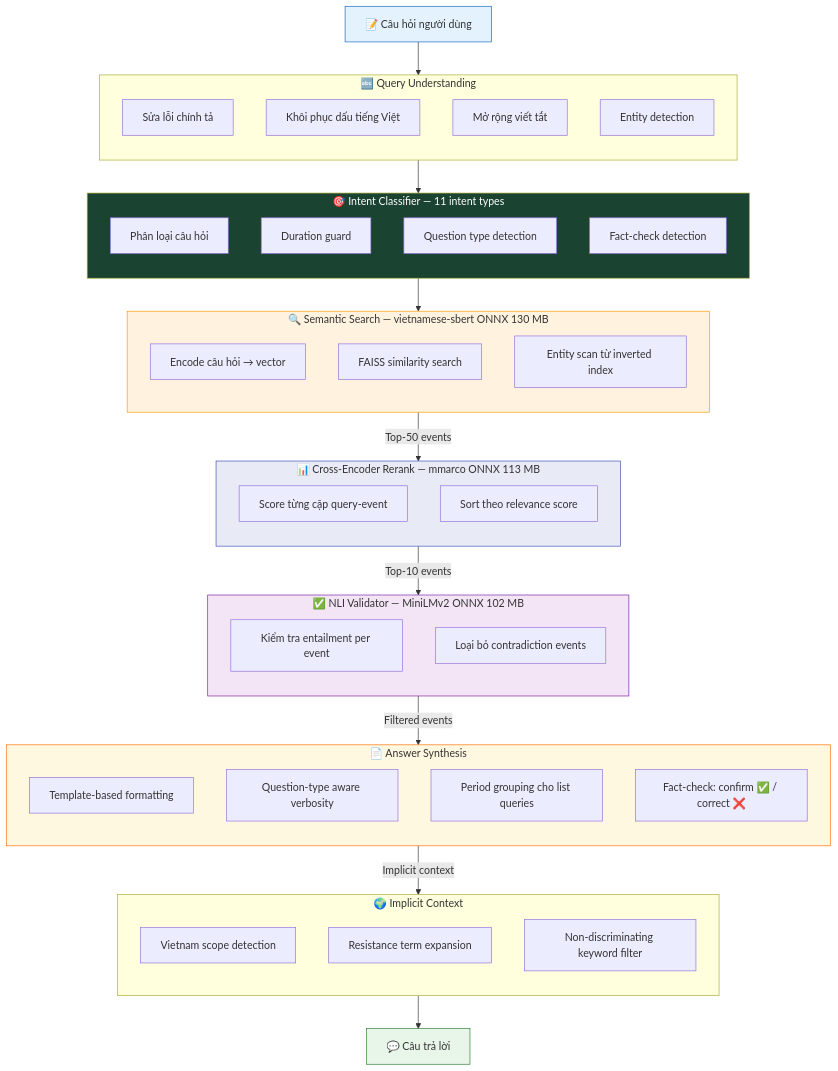
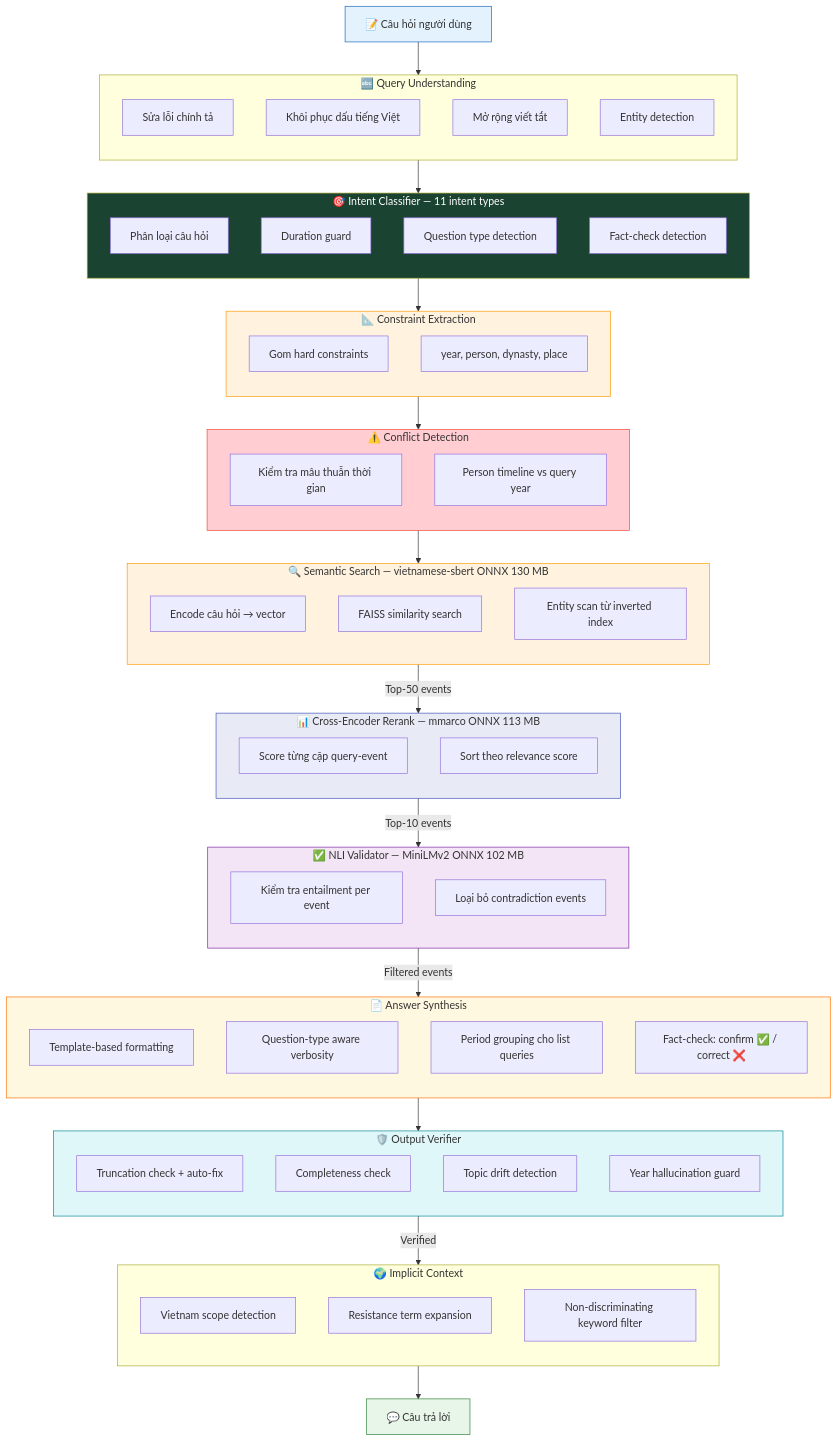
Before and after one commit to HistoryMindAI/vietnam_history_dataset: diagram 21 of 24 in AI_DEVELOPMENT_ROADMAP.md, drawn with Mermaid. The commit also changed other lines of this file and 42 other files, not shown here.

First line of the commit message:
feat: Production-Grade Engine V2 - Hybrid Retriever, Temporal Engine, Self-Verification, KG Schema, Evaluation Framework

````diff
--- a/AI_DEVELOPMENT_ROADMAP.md
+++ b/AI_DEVELOPMENT_ROADMAP.md
@@ -602,7 +689,23 @@
         IC4["Fact-check detection"]
     end
 
-    IC --> Search
+    IC --> ConstraintEx
+
+    subgraph ConstraintEx["📐 Constraint Extraction"]
+        direction TB
+        CE1["Gom hard constraints"]
+        CE2["year, person, dynasty, place"]
+    end
+
+    ConstraintEx --> ConflictDet
+
+    subgraph ConflictDet["⚠️ Conflict Detection"]
+        direction TB
+        CD1["Kiểm tra mâu thuẫn thời gian"]
+        CD2["Person timeline vs query year"]
+    end
+
+    ConflictDet --> Search
 
     subgraph Search["🔍 Semantic Search — vietnamese-sbert ONNX 130 MB"]
         direction TB
@@ -637,7 +740,17 @@
         AS4["Fact-check: confirm ✅ / correct ❌"]
     end
 
-    Synth -->|"Implicit context"| Format
+    Synth --> Guard
+
+    subgraph Guard["🛡️ Output Verifier"]
+        direction TB
+        G1["Truncation check + auto-fix"]
+        G2["Completeness check"]
+        G3["Topic drift detection"]
+        G4["Year hallucination guard"]
+    end
+
+    Guard -->|"Verified"| Format
 
     subgraph Format["🌍 Implicit Context"]
         direction TB
@@ -651,8 +764,11 @@
     style Q fill:#E3F2FD,stroke:#1565C0
     style A fill:#E8F5E9,stroke:#2E7D32
     style IC fill:#1b4332,color:#fff
+    style ConstraintEx fill:#FFF3E0,stroke:#FF9800
+    style ConflictDet fill:#FFCDD2,stroke:#F44336
     style Search fill:#FFF3E0,stroke:#FF9800
     style Rerank fill:#E8EAF6,stroke:#3F51B5
     style NLI fill:#F3E5F5,stroke:#7B1FA2
     style Synth fill:#FFF8E1,stroke:#FF6F00
+    style Guard fill:#E0F7FA,stroke:#00838F
 ```
````
